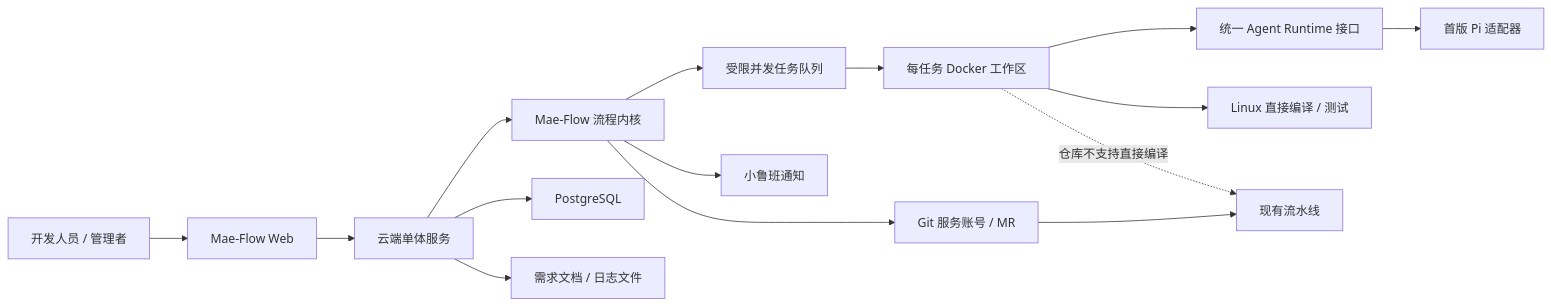
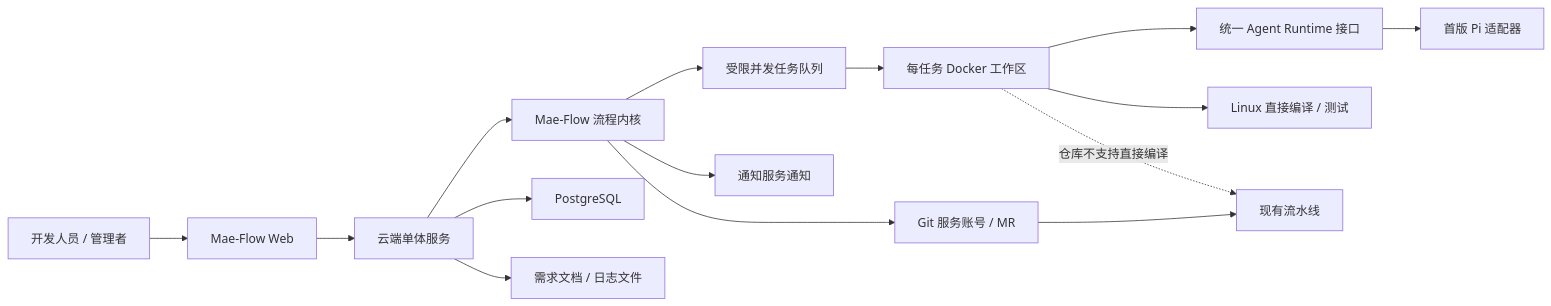
Before and after one commit to yunine9/mfc-open: the diagram in kernel/docs/superpowers/specs/2026-08-14-mae-flow-cloud-mvp-design.md, drawn with Mermaid. The commit also changed other lines of this file and 90 other files, not shown here.

````diff
--- a/kernel/docs/superpowers/specs/2026-08-14-mae-flow-cloud-mvp-design.md
+++ b/kernel/docs/superpowers/specs/2026-08-14-mae-flow-cloud-mvp-design.md
@@ -64,17 +64,17 @@
 ```mermaid
 flowchart LR
     User["开发人员 / 管理者"] --> Web["Mae-Flow Web"]
     Web --> API["云端单体服务"]
     API --> Core["Mae-Flow 流程内核"]
     API --> DB["PostgreSQL"]
     API --> Files["需求文档 / 日志文件"]
     Core --> Queue["受限并发任务队列"]
     Queue --> Worker["每任务 Docker 工作区"]
     Worker --> Runtime["统一 Agent Runtime 接口"]
     Runtime --> Pi["首版 Pi 适配器"]
     Worker --> Direct["Linux 直接编译 / 测试"]
     Worker -.仓库不支持直接编译.-> Pipeline["现有流水线"]
-    Core --> Notify["小鲁班通知"]
+    Core --> Notify["通知服务通知"]
     Core --> Git["Git 服务账号 / MR"]
     Git --> Pipeline
 ```
````
